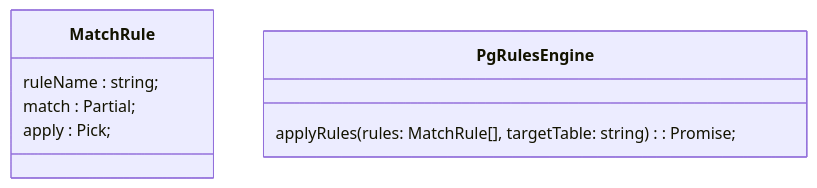
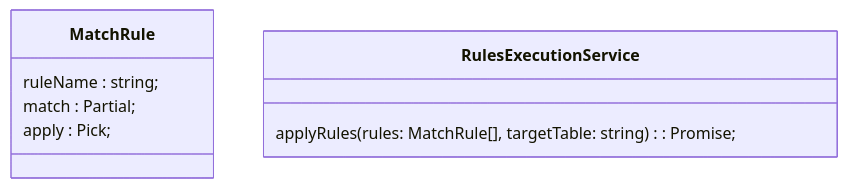
One commit to rimvydasb/pg-rules changed the diagram in README.md. Above: the diagram before and after it, drawn with Mermaid. The commit also changed 9 other files, not shown here.

````diff
--- a/README.md
+++ b/README.md
@@ -13,12 +13,12 @@
 ```mermaid
 classDiagram
     class MatchRule {
         ruleName : string;
         match : Partial<T>;
         apply : Pick<T>;
     }
     
-    class PgRulesEngine {
+    class RulesExecutionService {
         applyRules(rules: MatchRule<T>[], targetTable: string): Promise<integer>;
     }
 ```
````
